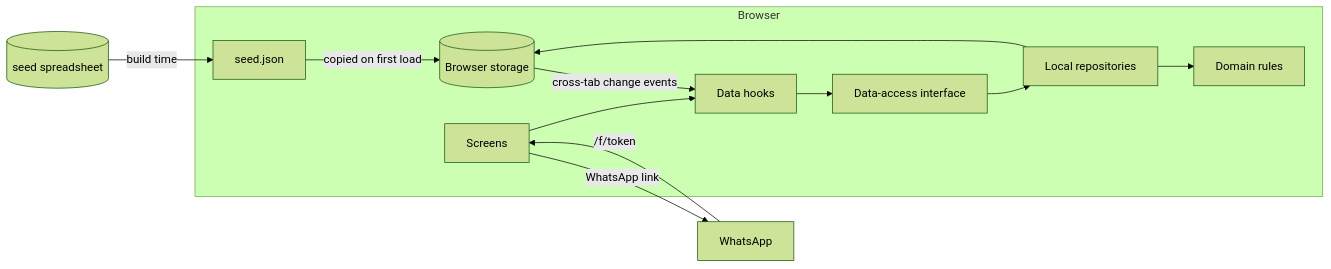
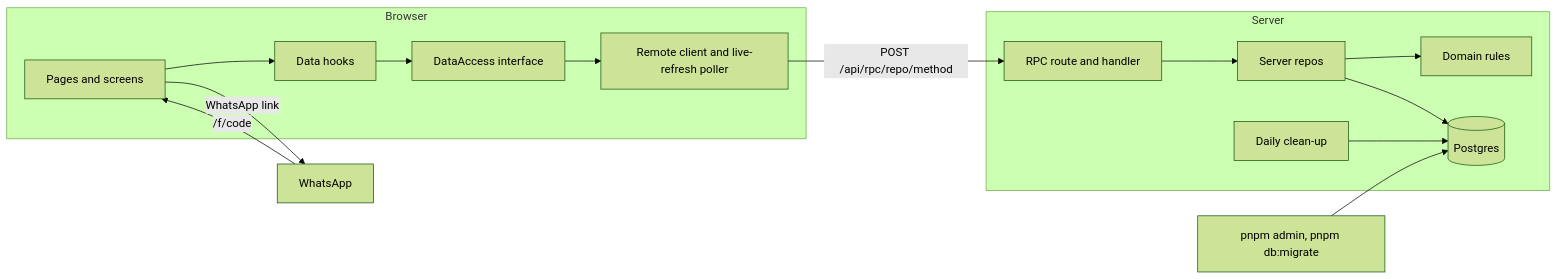
Before and after one commit to AbrahamLinksus/chandra-psf: the diagram in README.md, drawn with Mermaid (forest theme). The commit also changed other lines of this file and 8 other files, not shown here.

````diff
--- a/README.md
+++ b/README.md
@@ -11,12 +11,15 @@
 ```mermaid
 flowchart LR
-  XLSX[(seed spreadsheet)] -->|build time| FIX[seed.json]
   subgraph Browser
-    UI[Screens] --> HK[Data hooks] --> DA[Data-access interface]
-    DA --> REPO[Local repositories] --> DOM[Domain rules]
-    REPO --> ST[(Browser storage)]
-    FIX -->|copied on first load| ST
-    ST -->|cross-tab change events| HK
+    PAGES[Pages and screens] --> HK[Data hooks] --> DA[DataAccess interface]
+    DA --> REMOTE[Remote client and live-refresh poller]
   end
-  UI -->|WhatsApp link| WA[WhatsApp] -->|/f/token| UI
+  REMOTE -->|"POST /api/rpc/repo/method"| RPC[RPC route and handler]
+  subgraph Server
+    RPC --> REPOS[Server repos] --> DOM[Domain rules]
+    REPOS --> DB[(Postgres)]
+    CRON[Daily clean-up] --> DB
+  end
+  SCRIPTS[pnpm admin, pnpm db:migrate] --> DB
+  PAGES -->|WhatsApp link| WA[WhatsApp] -->|/f/code| PAGES
 ```
````
